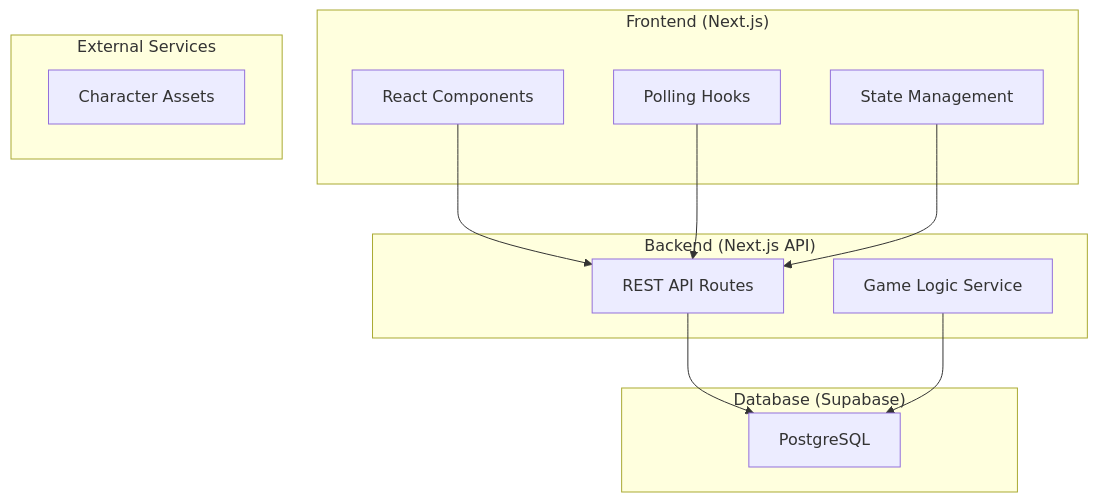
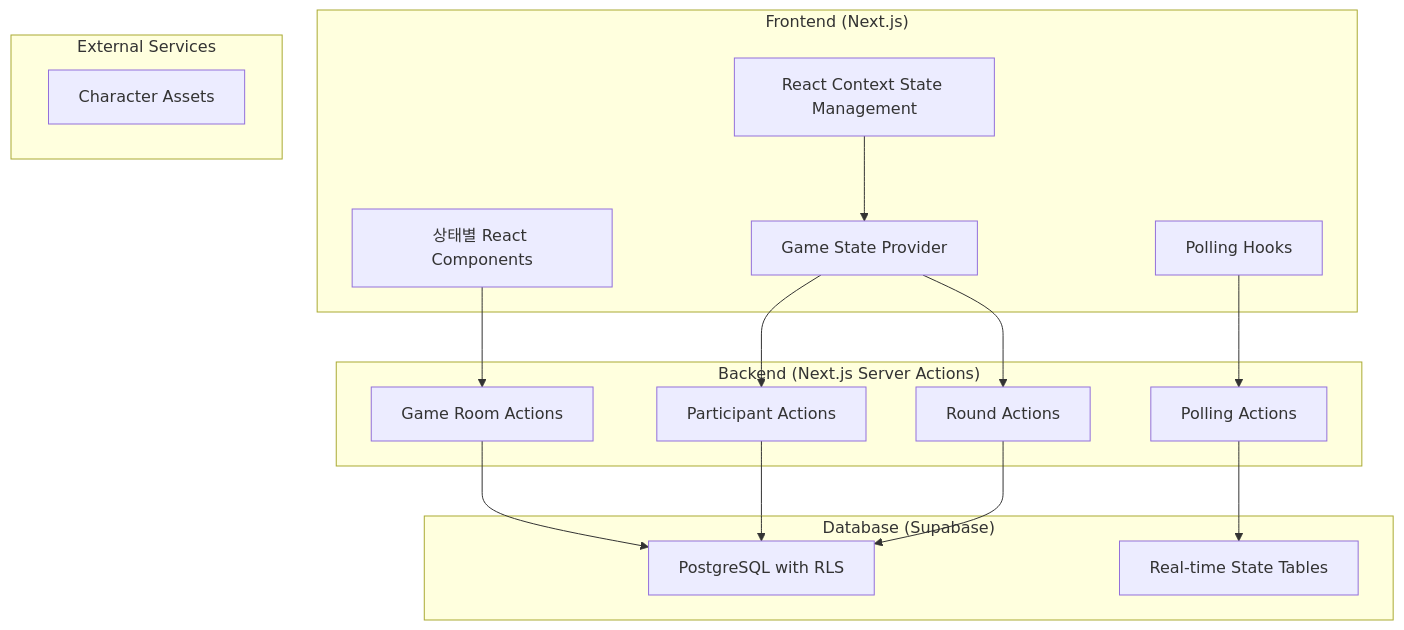
Before and after one commit to paxhumana-ai/loveline-game: the sixth of 7 diagrams in .cursor/rules/template.prd.mdc, drawn with Mermaid. The commit also changed other lines of this file and 7 other files, not shown here.

````diff
--- a/.cursor/rules/template.prd.mdc
+++ b/.cursor/rules/template.prd.mdc
@@ -321,27 +332,35 @@
 ```mermaid
 graph TB
     subgraph "Frontend (Next.js)"
-        A[React Components]
+        A[상태별 React Components]
         B[Polling Hooks]
-        C[State Management]
+        C[React Context State Management]
+        D[Game State Provider]
     end
 
-    subgraph "Backend (Next.js API)"
-        D[REST API Routes]
-        E[Game Logic Service]
+    subgraph "Backend (Next.js Server Actions)"
+        E[Game Room Actions]
+        F[Participant Actions]
+        G[Round Actions]
+        H[Polling Actions]
     end
 
     subgraph "Database (Supabase)"
-        F[PostgreSQL]
+        I[PostgreSQL with RLS]
+        J[Real-time State Tables]
     end
 
     subgraph "External Services"
-        G[Character Assets]
+        K[Character Assets]
     end
 
-    A --> D
-    B --> D
+    A --> E
+    B --> H
     C --> D
     D --> F
-    E --> F
+    D --> G
+    E --> I
+    F --> I
+    G --> I
+    H --> J
 ```
````
